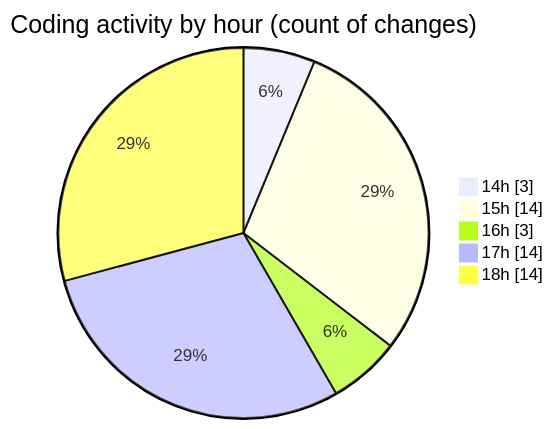
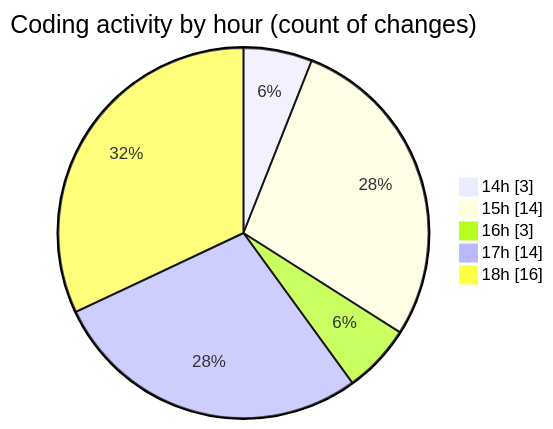
Before and after one commit to nxtqubesakshisongat/code-tracking: the second of 2 diagrams in 2025-09-02/nxtqube_webapp/README.md, drawn with Mermaid. The commit also changed other lines of this file and 1 other file, not shown here.

````diff
--- a/2025-09-02/nxtqube_webapp/README.md
+++ b/2025-09-02/nxtqube_webapp/README.md
@@ -28,9 +28,9 @@
 ```mermaid
 pie showData
 title Coding activity by hour (count of changes)
 "14h" : 3
 "15h" : 14
 "16h" : 3
 "17h" : 14
-"18h" : 14
+"18h" : 16
 ```
````
